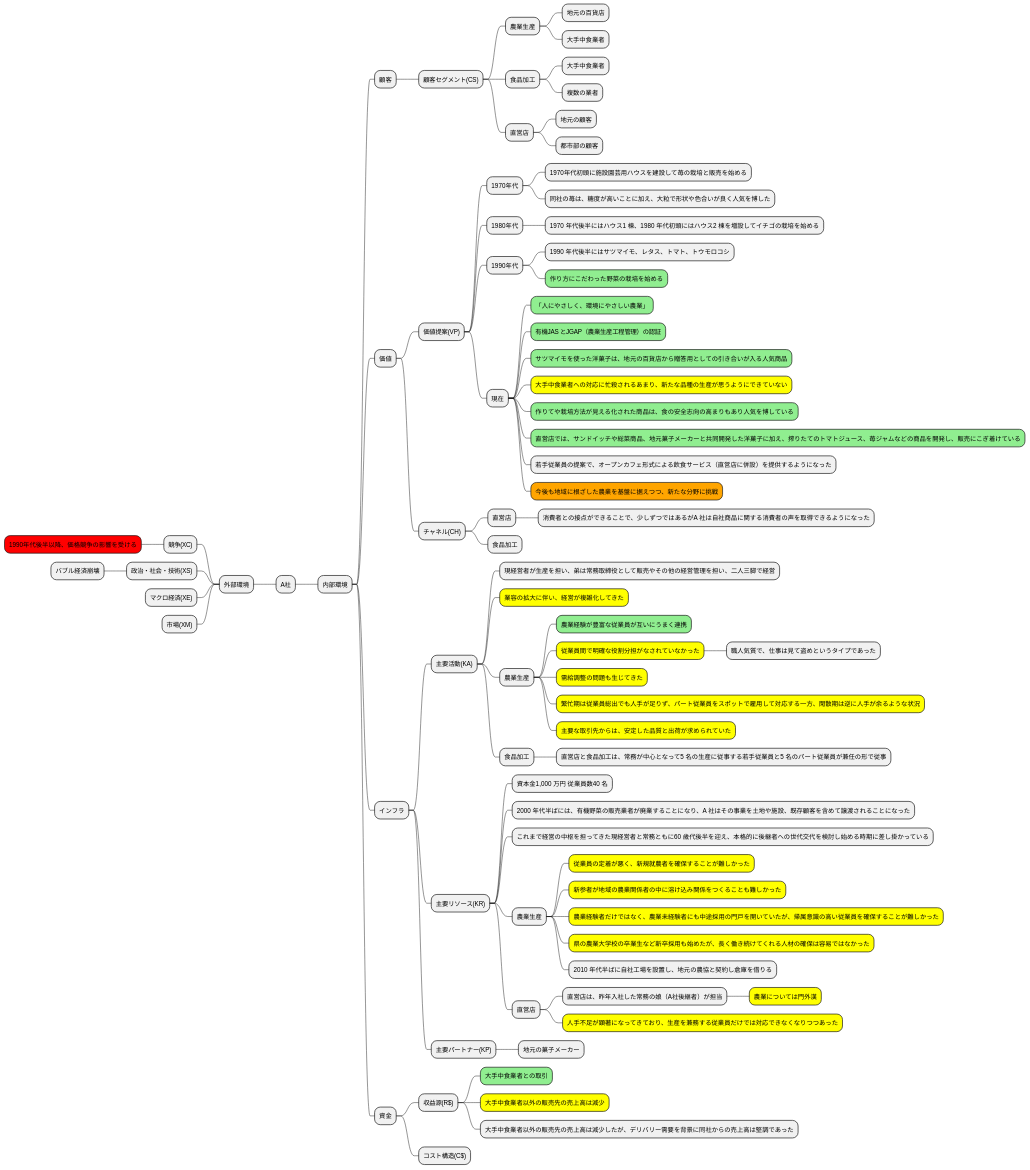
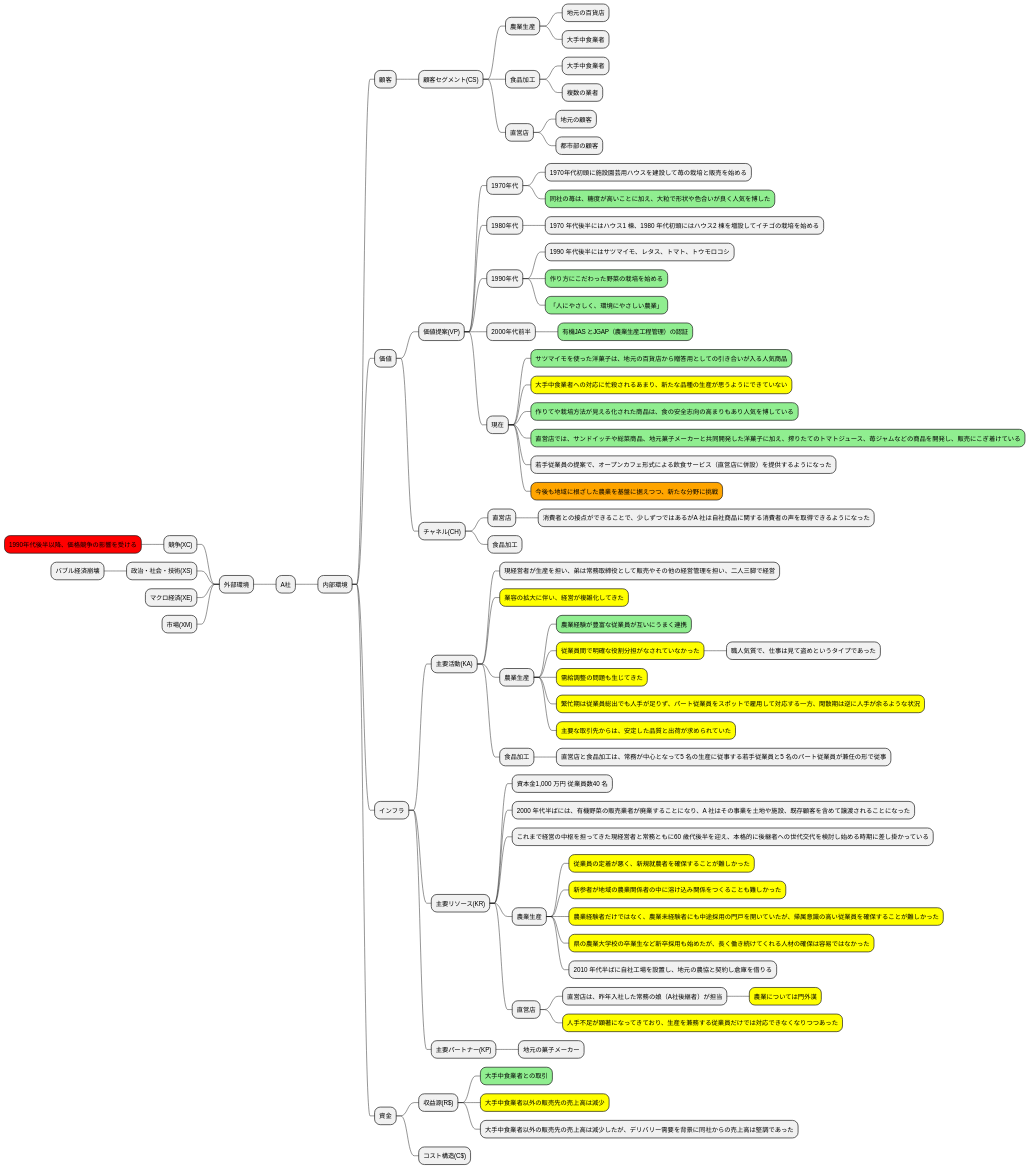
Before and after one commit to k2works/case-sutudy-business-analysis: the second of 16 diagrams in docs/case/r04_case_1.adoc, drawn with PlantUML. The commit also changed 1 other file, not shown here.

Commit message:
docs:成長戦略

```diff
--- a/docs/case/r04_case_1.adoc
+++ b/docs/case/r04_case_1.adoc
@@ -87,15 +87,16 @@
 **** 価値提案(VP)
 ***** 1970年代
 ****** 1970年代初頭に施設園芸用ハウスを建設して苺の栽培と販売を始める
-****** 同社の苺は、糖度が高いことに加え、大粒で形状や色合いが良く人気を博した
+******[#lightgreen] 同社の苺は、糖度が高いことに加え、大粒で形状や色合いが良く人気を博した
 ***** 1980年代
 ****** 1970 年代後半にはハウス1 棟、1980 年代初頭にはハウス2 棟を増設してイチゴの栽培を始める
 ***** 1990年代
 ****** 1990 年代後半にはサツマイモ、レタス、トマト、トウモロコシ
 ******[#lightgreen] 作り方にこだわった野菜の栽培を始める
+******[#lightgreen] 「人にやさしく、環境にやさしい農業」
+***** 2000年代前半
+******[#lightgreen] 有機JAS とJGAP（農業生産工程管理）の認証
 ***** 現在
-******[#lightgreen] 「人にやさしく、環境にやさしい農業」
-******[#lightgreen] 有機JAS とJGAP（農業生産工程管理）の認証
 ******[#lightgreen] サツマイモを使った洋菓子は、地元の百貨店から贈答用としての引き合いが入る人気商品
 ******[#yellow] 大手中食業者への対応に忙殺されるあまり、新たな品種の生産が思うようにできていない
 ******[#lightgreen] 作りてや栽培方法が見える化された商品は、食の安全志向の高まりもあり人気を博している
```
